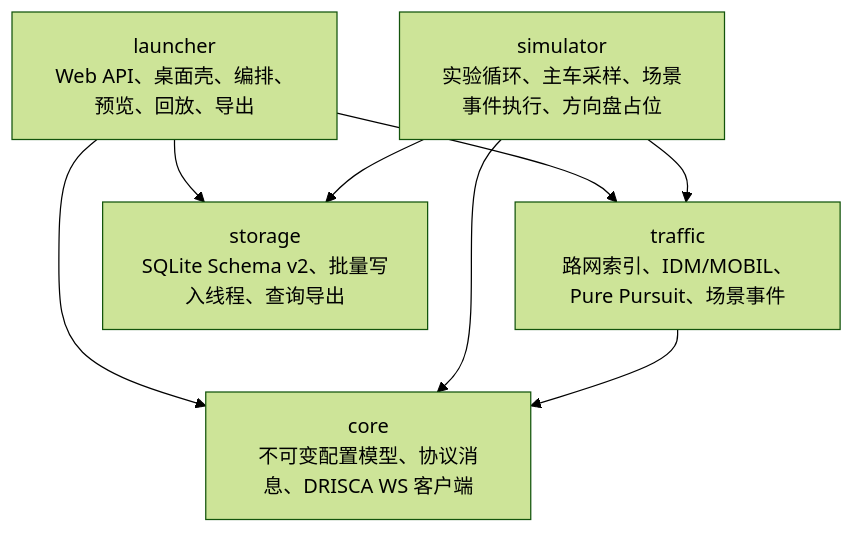
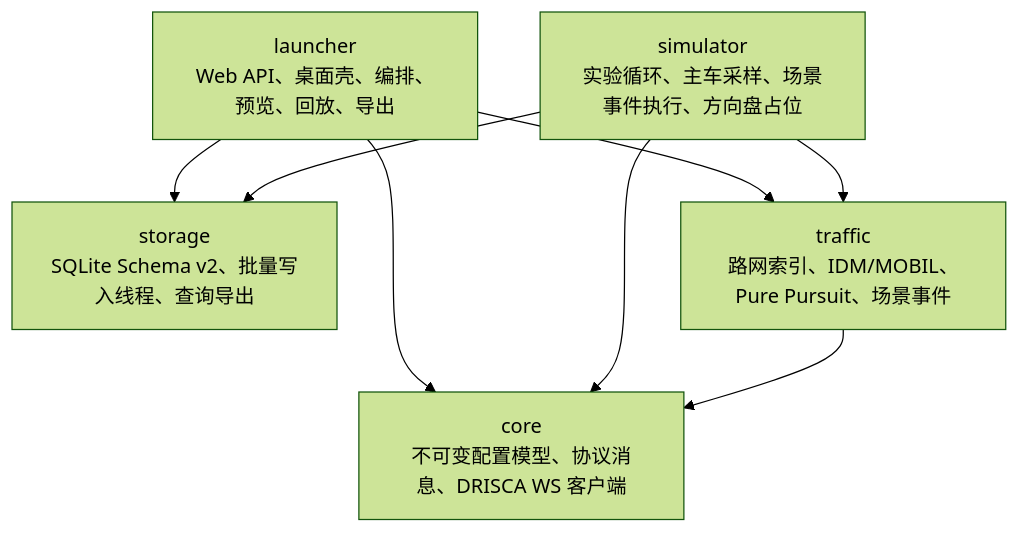
Before and after one commit to ZiyuZ/DRISCA: the second of 2 diagrams in docs/design/01-Architecture.md, drawn with Mermaid (forest theme). The commit also changed other lines of this file and 3 other files, not shown here.

````diff
--- a/docs/design/01-Architecture.md
+++ b/docs/design/01-Architecture.md
@@ -39,16 +39,16 @@
 ```mermaid
 flowchart TD
+    storage["storage<br/>SQLite Schema v2、批量写入线程、查询导出"]
     launcher["launcher<br/>Web API、桌面壳、编排、预览、回放、导出"]
     simulator["simulator<br/>实验循环、主车采样、场景事件执行、方向盘占位"]
     traffic["traffic<br/>路网索引、IDM/MOBIL、Pure Pursuit、场景事件"]
     core["core<br/>不可变配置模型、协议消息、DRISCA WS 客户端"]
-    storage["storage<br/>SQLite Schema v2、批量写入线程、查询导出"]
 
     launcher --> core
     launcher --> storage
     launcher --> traffic
     simulator --> core
     simulator --> storage
     simulator --> traffic
     traffic --> core
 ```
````
